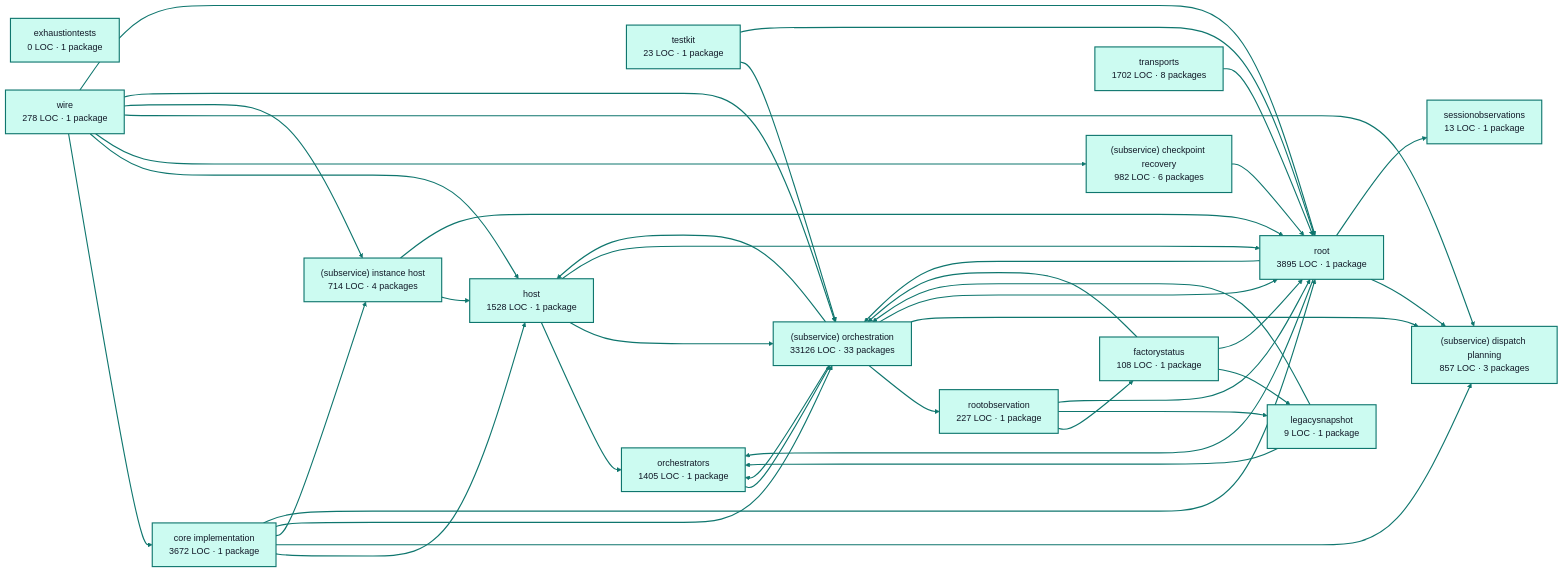
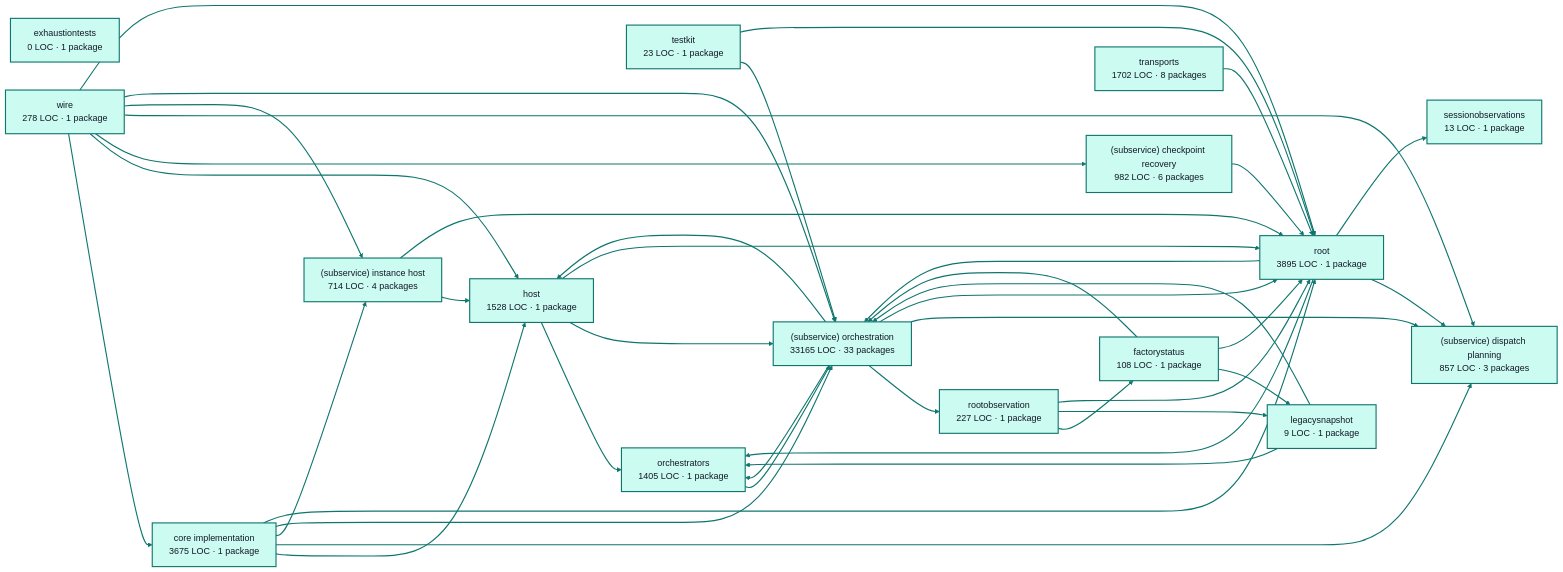
One commit to portpowered/you-agent-factory changed the diagram in docs/architecture/visualizations/services/factory_runtime.md. Above: the diagram before and after it, drawn with Mermaid. The commit also changed other lines of this file and 20 other files, not shown here.

Commit message:
docs: refresh backend architecture visualizations

````diff
--- a/docs/architecture/visualizations/services/factory_runtime.md
+++ b/docs/architecture/visualizations/services/factory_runtime.md
@@ -11,75 +11,75 @@
 ```mermaid
 flowchart LR
-  p0["core implementation<br/>3672 LOC · 1 package"]
+  p0["core implementation<br/>3675 LOC · 1 package"]
   p1["exhaustiontests<br/>0 LOC · 1 package"]
   p2["factorystatus<br/>108 LOC · 1 package"]
   p3["host<br/>1528 LOC · 1 package"]
   p4["legacysnapshot<br/>9 LOC · 1 package"]
   p5["orchestrators<br/>1405 LOC · 1 package"]
   p6["rootobservation<br/>227 LOC · 1 package"]
   p7["(subservice) checkpoint recovery<br/>982 LOC · 6 packages"]
   p8["(subservice) dispatch planning<br/>857 LOC · 3 packages"]
   p9["(subservice) instance host<br/>714 LOC · 4 packages"]
-  p10["(subservice) orchestration<br/>33126 LOC · 33 packages"]
+  p10["(subservice) orchestration<br/>33165 LOC · 33 packages"]
   p11["sessionobservations<br/>13 LOC · 1 package"]
   p12["testkit<br/>23 LOC · 1 package"]
   p13["root<br/>3895 LOC · 1 package"]
   p14["transports<br/>1702 LOC · 8 packages"]
   p15["wire<br/>278 LOC · 1 package"]
   p0 --> p3
   p0 --> p8
   p0 --> p9
   p0 --> p10
   p0 --> p13
   p2 --> p4
   p2 --> p10
   p2 --> p13
   p3 --> p5
   p3 --> p10
   p3 --> p13
   p4 --> p5
   p4 --> p10
   p5 --> p10
   p6 --> p2
   p6 --> p4
   p6 --> p13
   p7 --> p13
   p9 --> p3
   p9 --> p13
   p10 --> p3
   p10 --> p5
   p10 --> p6
   p10 --> p8
   p10 --> p13
   p12 --> p10
   p12 --> p13
   p13 --> p5
   p13 --> p8
   p13 --> p10
   p13 --> p11
   p14 --> p13
   p15 --> p0
   p15 --> p3
   p15 --> p7
   p15 --> p8
   p15 --> p9
   p15 --> p10
   p15 --> p13
   style p0 fill:#ccfbf1,stroke:#0f766e,stroke-width:2px,color:#111827
   style p1 fill:#ccfbf1,stroke:#0f766e,stroke-width:2px,color:#111827
   style p2 fill:#ccfbf1,stroke:#0f766e,stroke-width:2px,color:#111827
   style p3 fill:#ccfbf1,stroke:#0f766e,stroke-width:2px,color:#111827
   style p4 fill:#ccfbf1,stroke:#0f766e,stroke-width:2px,color:#111827
   style p5 fill:#ccfbf1,stroke:#0f766e,stroke-width:2px,color:#111827
   style p6 fill:#ccfbf1,stroke:#0f766e,stroke-width:2px,color:#111827
   style p7 fill:#ccfbf1,stroke:#0f766e,stroke-width:2px,color:#111827
   style p8 fill:#ccfbf1,stroke:#0f766e,stroke-width:2px,color:#111827
   style p9 fill:#ccfbf1,stroke:#0f766e,stroke-width:2px,color:#111827
   style p10 fill:#ccfbf1,stroke:#0f766e,stroke-width:2px,color:#111827
   style p11 fill:#ccfbf1,stroke:#0f766e,stroke-width:2px,color:#111827
   style p12 fill:#ccfbf1,stroke:#0f766e,stroke-width:2px,color:#111827
   style p13 fill:#ccfbf1,stroke:#0f766e,stroke-width:2px,color:#111827
   style p14 fill:#ccfbf1,stroke:#0f766e,stroke-width:2px,color:#111827
   style p15 fill:#ccfbf1,stroke:#0f766e,stroke-width:2px,color:#111827
   linkStyle default stroke:#0f766e,stroke-width:2px
 ```
````
